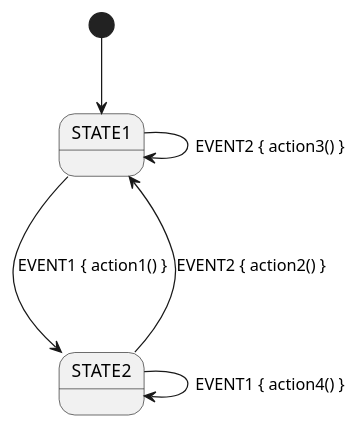
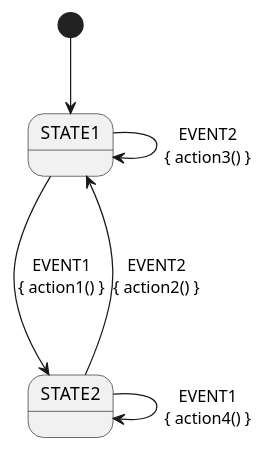
The diagram in src/doc/plantuml/sample-fsm.plantuml (open-jumpco/kfsm), drawn with PlantUML before and after one commit. The commit also changed 2 other files, not shown here.

```diff
--- a/src/doc/plantuml/sample-fsm.plantuml
+++ b/src/doc/plantuml/sample-fsm.plantuml
@@ -1,9 +1,9 @@
 @startuml
 
 [*] --> STATE1
-STATE1 ---> STATE2 : EVENT1 { action1() }
-STATE2 ---> STATE1 : EVENT2 { action2() }
-STATE1 ---> STATE1 : EVENT2 { action3() }
-STATE2 ---> STATE2 : EVENT1 { action4() }
+STATE1 ---> STATE2 : EVENT1\n{ action1() }
+STATE2 ---> STATE1 : EVENT2\n{ action2() }
+STATE1 ---> STATE1 : EVENT2\n{ action3() }
+STATE2 ---> STATE2 : EVENT1\n{ action4() }
 
 @enduml
```
